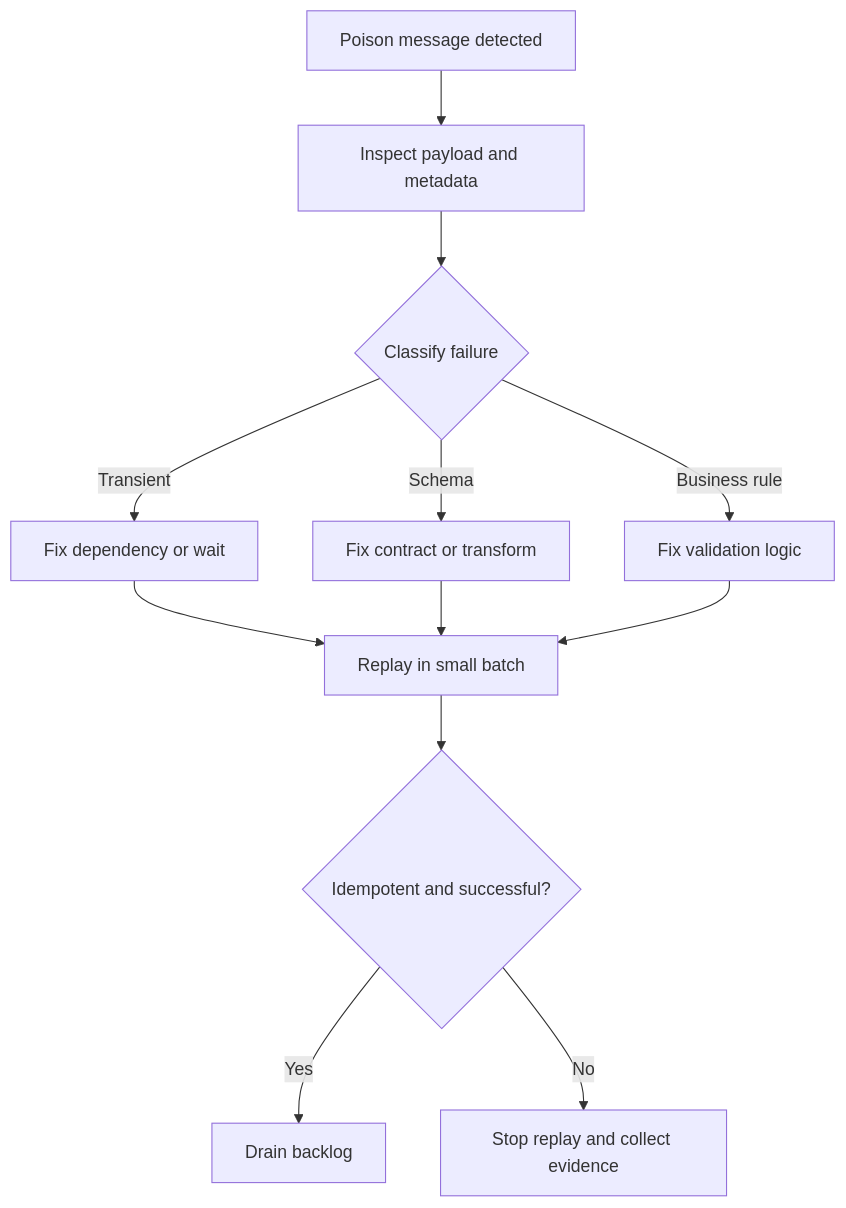
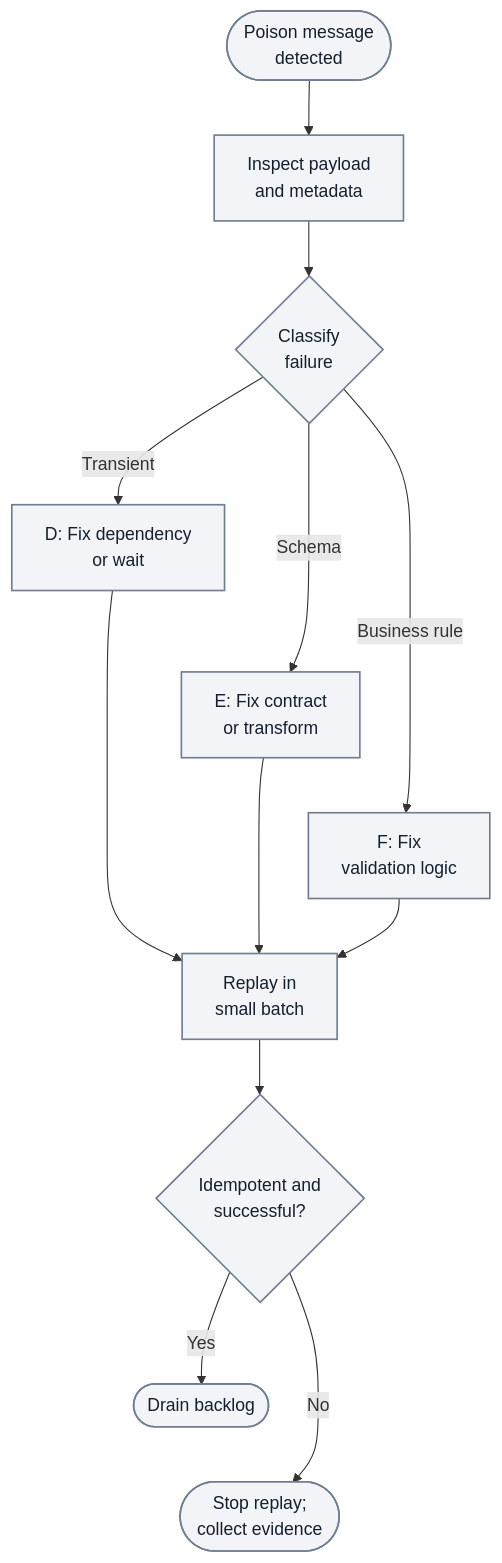
Before and after one commit to yeongseon/azure-functions-practical-guide: the second of 2 diagrams in docs/operations/retries-and-poison-handling.md, drawn with Mermaid. The commit also changed other lines of this file and 3 other files, not shown here.

First line of the commit message:
docs(diagrams): migrate Functions reliability and retries — reliability and retries and poison handling and related pages (#423)

````diff
--- a/docs/operations/retries-and-poison-handling.md
+++ b/docs/operations/retries-and-poison-handling.md
@@ -382,14 +387,22 @@
 ```mermaid
 flowchart TD
-    A[Poison message detected] --> B[Inspect payload and metadata]
-    B --> C{Classify failure}
-    C -->|Transient| D[Fix dependency or wait]
-    C -->|Schema| E[Fix contract or transform]
-    C -->|Business rule| F[Fix validation logic]
-    D --> G[Replay in small batch]
+    accTitle: Poison message triage and replay decisions
+    accDescr: Illustrative operations workflow preserving transient, schema and business-rule remediation before small-batch replay. Successful idempotent replay permits backlog draining; otherwise stop replay and collect evidence.
+    A(["Poison message<br/>detected"]) --> B["Inspect payload<br/>and metadata"]
+    B --> C{"Classify<br/>failure"}
+    C -->|Transient| D["D: Fix dependency<br/>or wait"]
+    C -->|Schema| E["E: Fix contract<br/>or transform"]
+    C -->|Business rule| F["F: Fix<br/>validation logic"]
+    D --> G["Replay in<br/>small batch"]
     E --> G
     F --> G
-    G --> H{Idempotent and successful?}
-    H -->|Yes| I[Drain backlog]
-    H -->|No| J[Stop replay and collect evidence]
+    G --> H{"Idempotent and<br/>successful?"}
+    H -->|Yes| I(["Drain backlog"])
+    H -->|No| J(["Stop replay;<br/>collect evidence"])
+    %% Layout-only tiers add no triage steps or semantic arrows.
+    D ~~~ E
+    E ~~~ F
+    I ~~~ J
+    classDef neutral fill:#f2f4f8,stroke:#707e93,stroke-width:1.5px,color:#14202e;
+    class A,B,C,D,E,F,G,H,I,J neutral;
 ```
````
